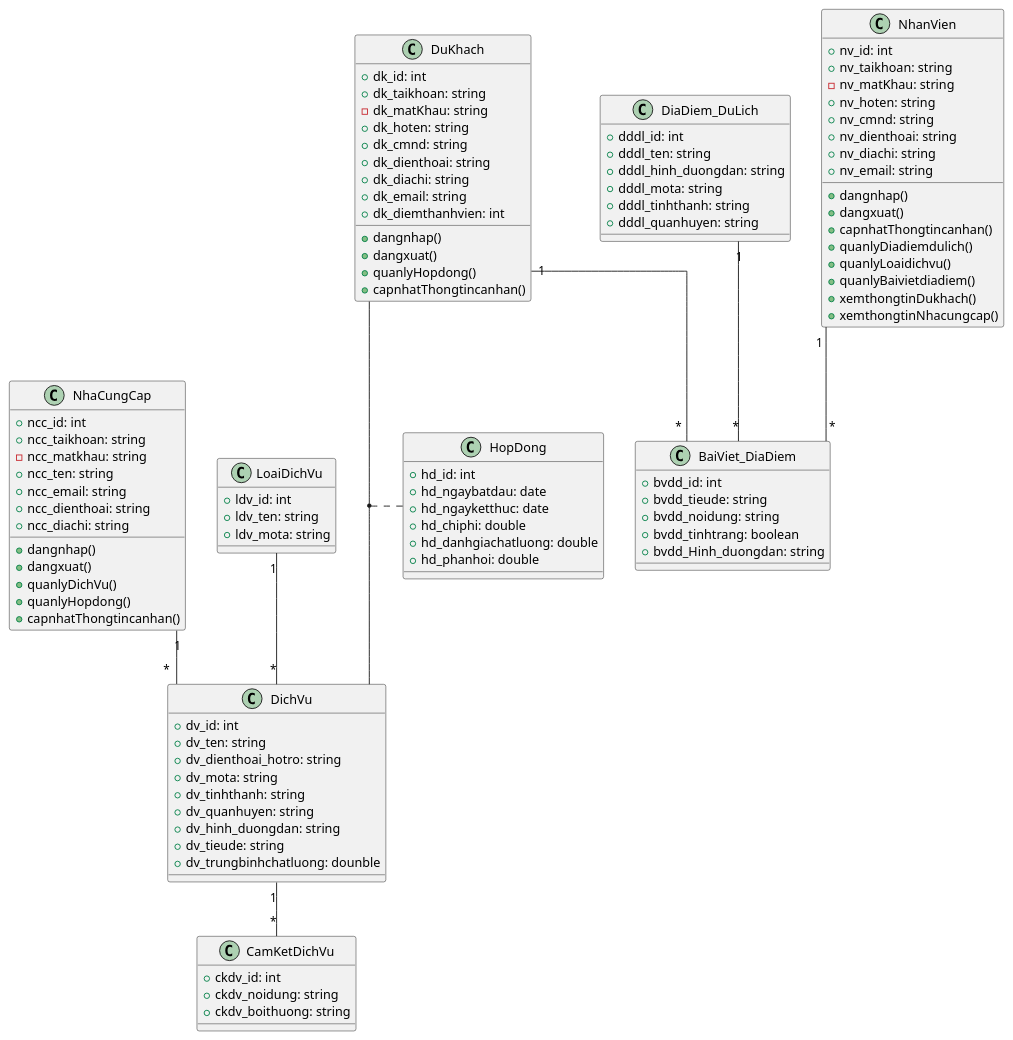
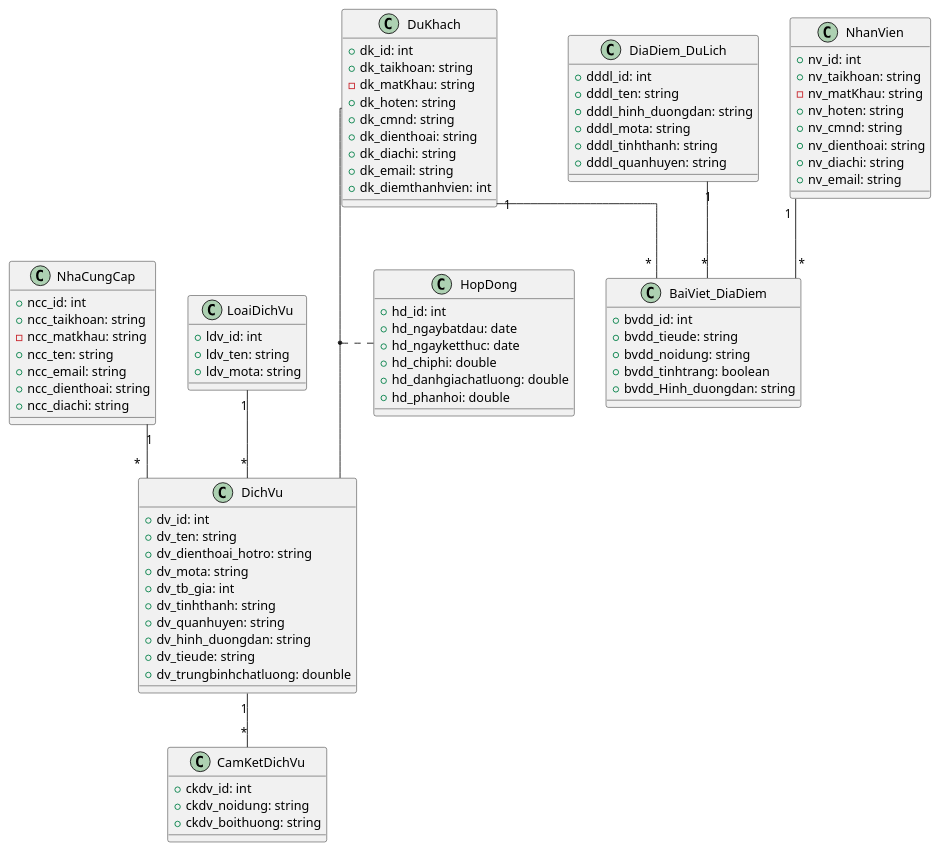
The diagram in PlanUML/Class (1).puml (TranTan-Dat/LV_DuLichDienTu), drawn with PlantUML before and after one commit. The commit also changed 50 other files, not shown here.

```diff
--- a/PlanUML/Class (1).puml
+++ b/PlanUML/Class (1).puml
@@ -1,128 +1,130 @@
 @startuml SoDoclass
  skinparam linetype ortho
 ' Dịch vụ du lịch ở đây bao gồm các khu vui chơi,
 ' ăn ngủ nghỉ, dịch vụ đi lại, các dịch vụ sẽ có loại DV
 'Dịch vụ sẽ gồm có:
 '1. Phương tiện để đi lại (gồm có phương tiện đi đến nơi du lịch và phương tiện đi lại ở điểm du lịch)
 '2. Tham quan 
 '3.ăn uống
 '4. chỗ ngủ
 
 
 
 class NhaCungCap{
   + ncc_id: int
   + ncc_taikhoan: string
   - ncc_matkhau: string
   + ncc_ten: string
   + ncc_email: string
   + ncc_dienthoai: string
   + ncc_diachi: string
   
-  + dangnhap()
-  + dangxuat()
-  + quanlyDichVu()
-  + quanlyHopdong()
-  + capnhatThongtincanhan()
+  ' + dangnhap()
+  ' + dangxuat()
+  ' + quanlyDichVu()
+  ' + XemHopdong()
+  ' + quanlyCamketdichvu()
+  ' + capnhatThongtincanhan()
 }
 
 class DiaDiem_DuLich{
   + dddl_id: int
   + dddl_ten: string
   + dddl_hinh_duongdan: string
   + dddl_mota: string
   + dddl_tinhthanh: string
   + dddl_quanhuyen: string
 }
 
 
 class BaiViet_DiaDiem{
   + bvdd_id: int
   + bvdd_tieude: string
   + bvdd_noidung: string
   + bvdd_tinhtrang: boolean
   + bvdd_Hinh_duongdan: string
 }
 
 class DuKhach{
   + dk_id: int
   + dk_taikhoan: string
   - dk_matKhau: string
   + dk_hoten: string
   + dk_cmnd: string
   + dk_dienthoai: string
   + dk_diachi: string
   + dk_email: string 
   + dk_diemthanhvien: int
 
-  + dangnhap()
-  + dangxuat()
-  + quanlyHopdong()
-  + capnhatThongtincanhan()
+  ' + dangnhap()
+  ' + dangxuat()
+  ' + quanlyHopdong()
+  ' + capnhatThongtincanhan()
   
 }
 
 class LoaiDichVu{
   + ldv_id: int
   + ldv_ten: string
   + ldv_mota: string
 }
 
 class DichVu{
   + dv_id: int
   + dv_ten: string
   + dv_dienthoai_hotro: string
   + dv_mota: string
+  + dv_tb_gia: int
   + dv_tinhthanh: string
   + dv_quanhuyen: string
   + dv_hinh_duongdan: string
   + dv_tieude: string
   + dv_trungbinhchatluong: dounble
 }
 
 class CamKetDichVu{
   + ckdv_id: int
   + ckdv_noidung: string
   + ckdv_boithuong: string
 }
 
 class HopDong{
   + hd_id: int
   + hd_ngaybatdau: date
   + hd_ngayketthuc: date
   + hd_chiphi: double
   + hd_danhgiachatluong: double
   + hd_phanhoi: double
 }
 
 class NhanVien{
   + nv_id: int
   + nv_taikhoan: string
   - nv_matKhau: string
   + nv_hoten: string
   + nv_cmnd: string
   + nv_dienthoai: string
   + nv_diachi: string
   + nv_email: string 
   
-  + dangnhap()
-  + dangxuat()
-  + capnhatThongtincanhan()
-  + quanlyDiadiemdulich()
-  + quanlyLoaidichvu()
-  + quanlyBaivietdiadiem()
-  + xemthongtinDukhach()
-  + xemthongtinNhacungcap()
+  ' + dangnhap()
+  ' + dangxuat()
+  ' + capnhatThongtincanhan()
+  ' + quanlyDiadiemdulich()
+  ' + quanlyLoaidichvu()
+  ' + quanlyBaivietdiadiem()
+  ' + xemthongtinDukhach()
+  ' + xemthongtinNhacungcap()
 }
 
 
 NhaCungCap "1" -- "*" DichVu
 LoaiDichVu "1" -- "*" DichVu
 DuKhach "1" -- "*" BaiViet_DiaDiem
 DiaDiem_DuLich "1" -- "*" BaiViet_DiaDiem
 NhanVien "1" -- "*" BaiViet_DiaDiem
 (DuKhach, DichVu) .. HopDong
 DichVu "1" -- "*" CamKetDichVu
 
 
 @enduml
```
